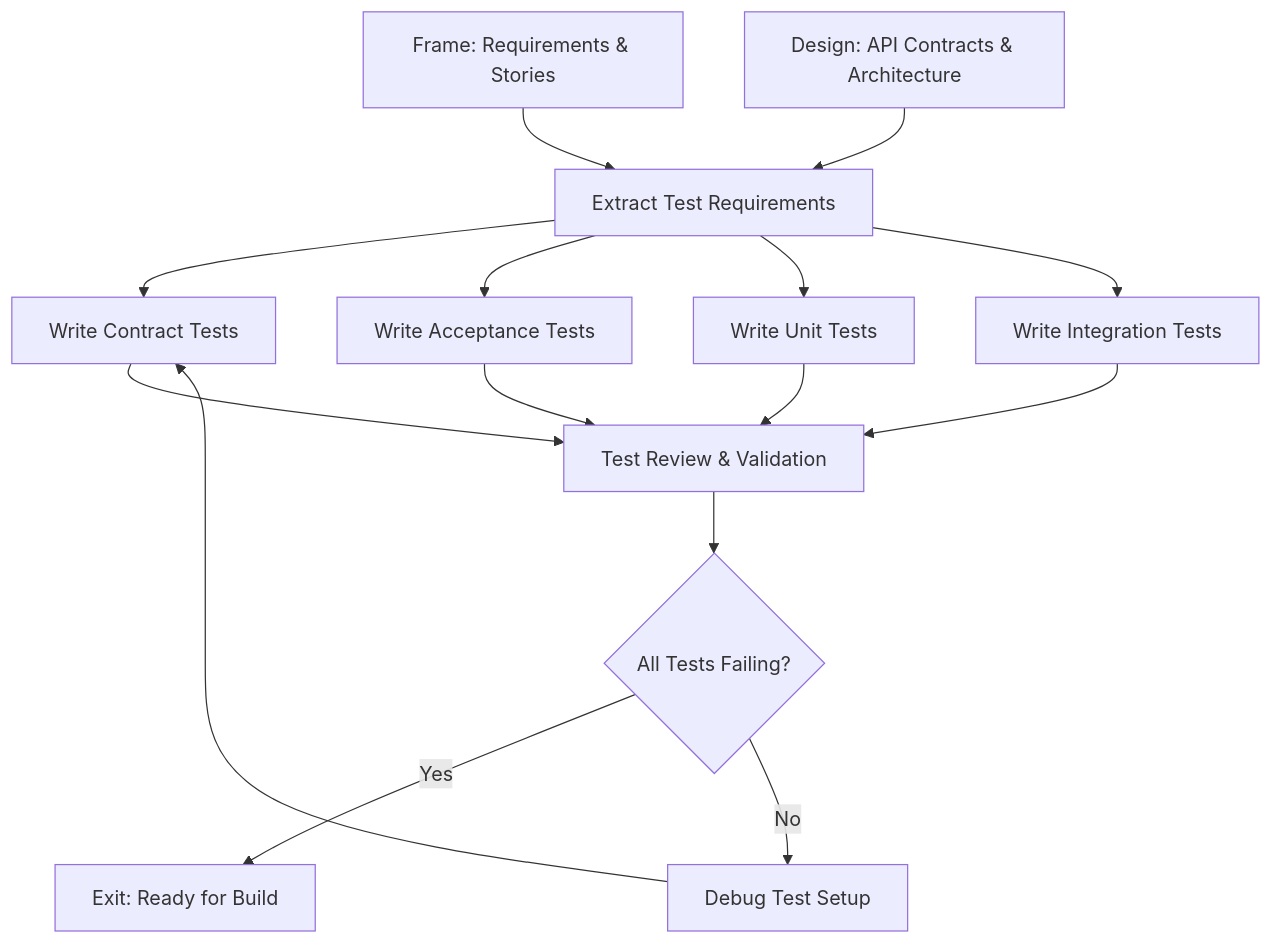
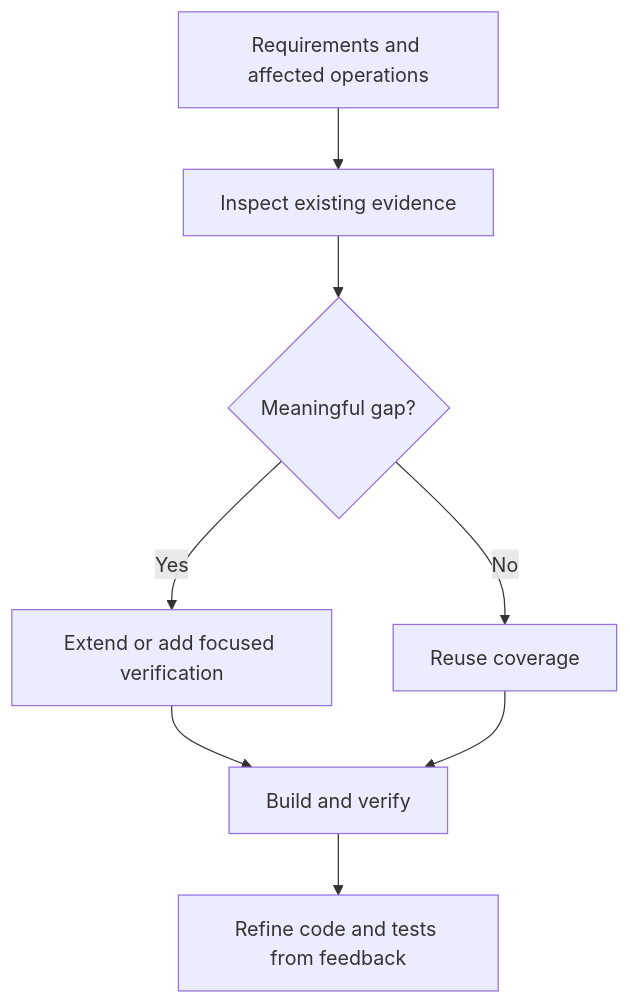
The diagram in workflows/activities/03-test/README.md (DocumentDrivenDX/helix), drawn with Mermaid before and after one commit. The commit also changed other lines of this file and 90 other files, not shown here.

````diff
--- a/workflows/activities/03-test/README.md
+++ b/workflows/activities/03-test/README.md
@@ -53,17 +53,10 @@
 ```mermaid
 graph TD
-    A[Frame: Requirements & Stories] --> B[Extract Test Requirements]
-    C[Design: API Contracts & Architecture] --> B
-    B --> D[Write Contract Tests]
-    B --> E[Write Acceptance Tests]
-    B --> F[Write Unit Tests]
-    B --> G[Write Integration Tests]
-    D --> H[Test Review & Validation]
-    E --> H
-    F --> H
-    G --> H
-    H --> I{All Tests Failing?}
-    I -->|Yes| J[Exit: Ready for Build]
-    I -->|No| K[Debug Test Setup]
-    K --> D
+    A[Requirements and affected operations] --> B[Inspect existing evidence]
+    B --> C{Meaningful gap?}
+    C -->|Yes| D[Extend or add focused verification]
+    C -->|No| E[Reuse coverage]
+    D --> F[Build and verify]
+    E --> F
+    F --> G[Refine code and tests from feedback]
 ```
````
